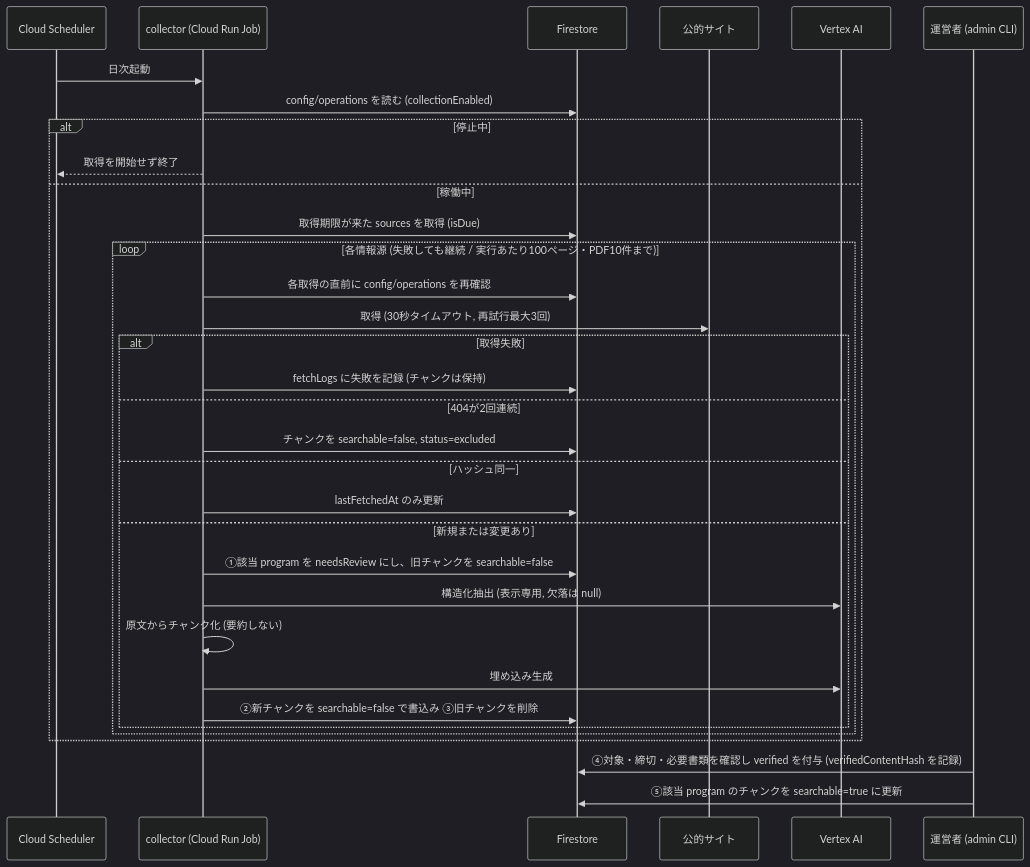
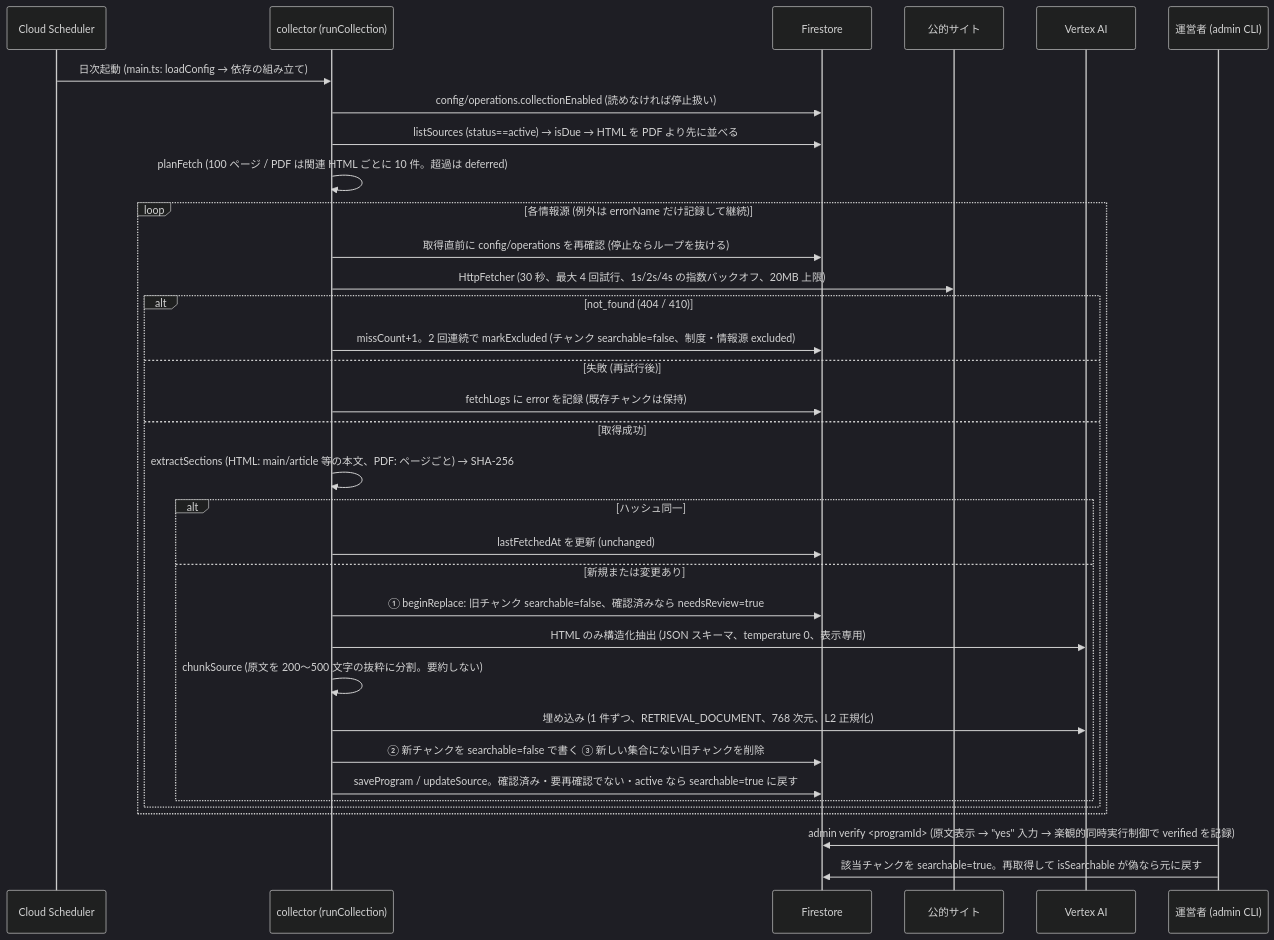
The second of 6 diagrams in .kiro/specs/childcare-medical-welfare-navi/design.md (Devfest-Hackathon-2026/df-2026-t004), drawn with Mermaid (dark theme) before and after one commit. The commit also changed other lines of this file, not shown here.

First line of the commit message:
spec: rewrite design to match the implemented architecture

````diff
--- a/.kiro/specs/childcare-medical-welfare-navi/design.md
+++ b/.kiro/specs/childcare-medical-welfare-navi/design.md
@@ -113,36 +158,37 @@
 ```mermaid
 sequenceDiagram
   participant S as Cloud Scheduler
-  participant J as collector (Cloud Run Job)
+  participant J as collector (runCollection)
   participant F as Firestore
   participant P as 公的サイト
   participant V as Vertex AI
   participant O as 運営者 (admin CLI)
 
-  S->>J: 日次起動
-  J->>F: config/operations を読む (collectionEnabled)
-  alt 停止中
-    J-->>S: 取得を開始せず終了
-  else 稼働中
-    J->>F: 取得期限が来た sources を取得 (isDue)
-    loop 各情報源 (失敗しても継続 / 実行あたり100ページ・PDF10件まで)
-      J->>F: 各取得の直前に config/operations を再確認
-      J->>P: 取得 (30秒タイムアウト, 再試行最大3回)
-      alt 取得失敗
-        J->>F: fetchLogs に失敗を記録 (チャンクは保持)
-      else 404が2回連続
-        J->>F: チャンクを searchable=false, status=excluded
-      else ハッシュ同一
-        J->>F: lastFetchedAt のみ更新
+  S->>J: 日次起動 (main.ts: loadConfig → 依存の組み立て)
+  J->>F: config/operations.collectionEnabled (読めなければ停止扱い)
+  J->>F: listSources (status==active) → isDue → HTML を PDF より先に並べる
+  J->>J: planFetch (100 ページ / PDF は関連 HTML ごとに 10 件。超過は deferred)
+  loop 各情報源 (例外は errorName だけ記録して継続)
+    J->>F: 取得直前に config/operations を再確認 (停止ならループを抜ける)
+    J->>P: HttpFetcher (30 秒、最大 4 回試行、1s/2s/4s の指数バックオフ、20MB 上限)
+    alt not_found (404 / 410)
+      J->>F: missCount+1。2 回連続で markExcluded (チャンク searchable=false、制度・情報源 excluded)
+    else 失敗 (再試行後)
+      J->>F: fetchLogs に error を記録 (既存チャンクは保持)
+    else 取得成功
+      J->>J: extractSections (HTML: main/article 等の本文、PDF: ページごと) → SHA-256
+      alt ハッシュ同一
+        J->>F: lastFetchedAt を更新 (unchanged)
       else 新規または変更あり
-        J->>F: ①該当 program を needsReview にし、旧チャンクを searchable=false
-        J->>V: 構造化抽出 (表示専用, 欠落は null)
-        J->>J: 原文からチャンク化 (要約しない)
-        J->>V: 埋め込み生成
-        J->>F: ②新チャンクを searchable=false で書込み ③旧チャンクを削除
+        J->>F: ① beginReplace: 旧チャンク searchable=false、確認済みなら needsReview=true
+        J->>V: HTML のみ構造化抽出 (JSON スキーマ、temperature 0、表示専用)
+        J->>J: chunkSource (原文を 200〜500 文字の抜粋に分割。要約しない)
+        J->>V: 埋め込み (1 件ずつ、RETRIEVAL_DOCUMENT、768 次元、L2 正規化)
+        J->>F: ② 新チャンクを searchable=false で書く ③ 新しい集合にない旧チャンクを削除
+        J->>F: saveProgram / updateSource。確認済み・要再確認でない・active なら searchable=true に戻す
       end
     end
   end
-  O->>F: ④対象・締切・必要書類を確認し verified を付与 (verifiedContentHash を記録)
-  O->>F: ⑤該当 program のチャンクを searchable=true に更新
+  O->>F: admin verify <programId> (原文表示 → "yes" 入力 → 楽観的同時実行制御で verified を記録)
+  O->>F: 該当チャンクを searchable=true。再取得して isSearchable が偽なら元に戻す
 ```
````
